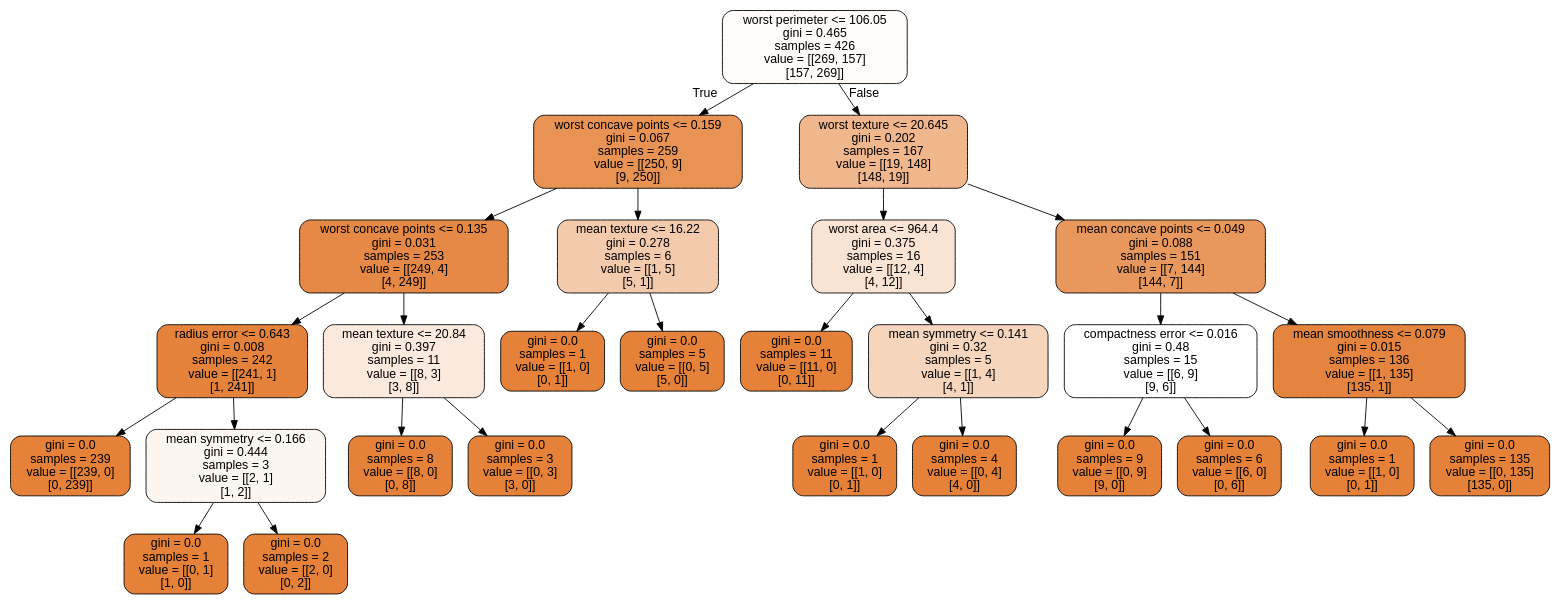
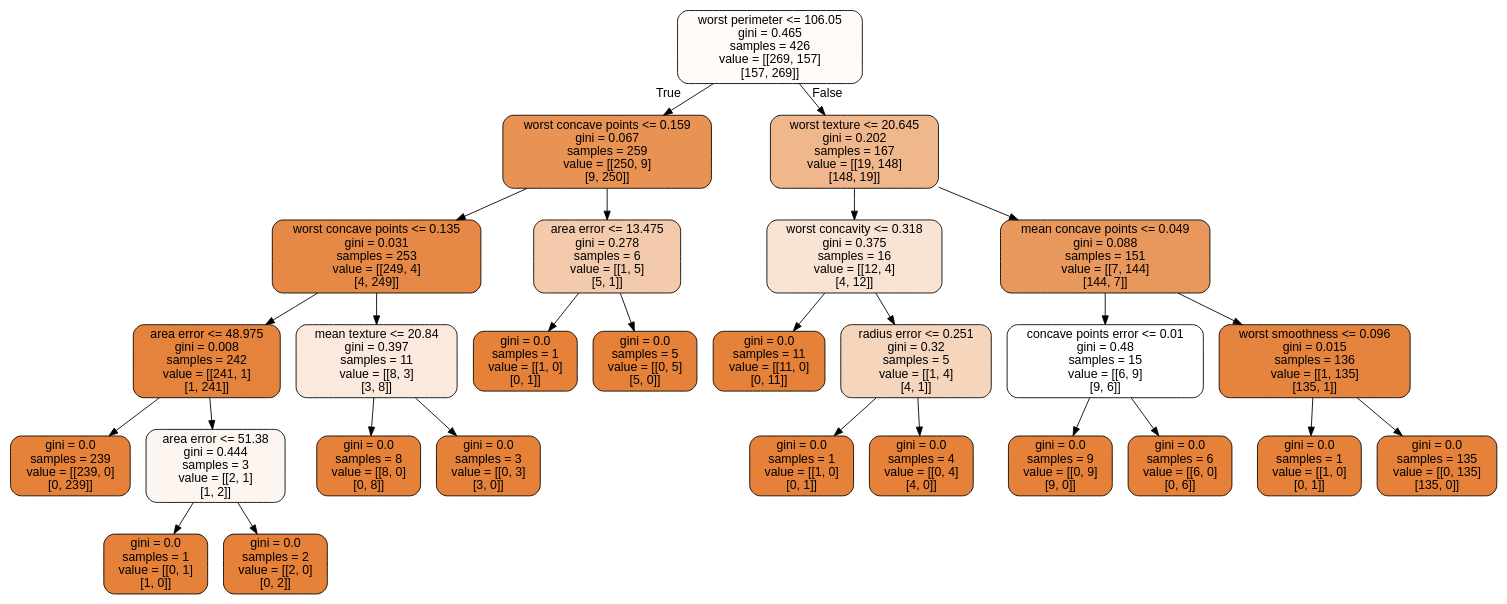
The diagram in doc/pub/DecisionTrees/ipynb/DataFiles/cancer.dot (CompPhysics/MachineLearning), drawn with Graphviz before and after one commit. The commit also changed 14 other files, not shown here.

```diff
--- a/doc/pub/DecisionTrees/ipynb/DataFiles/cancer.dot
+++ b/doc/pub/DecisionTrees/ipynb/DataFiles/cancer.dot
@@ -1,57 +1,57 @@
 digraph Tree {
 node [shape=box, style="filled, rounded", color="black", fontname=helvetica] ;
 edge [fontname=helvetica] ;
 0 [label="worst perimeter <= 106.05\ngini = 0.465\nsamples = 426\nvalue = [[269, 157]\n[157, 269]]", fillcolor="#e5813908"] ;
 1 [label="worst concave points <= 0.159\ngini = 0.067\nsamples = 259\nvalue = [[250, 9]\n[9, 250]]", fillcolor="#e58139db"] ;
 0 -> 1 [labeldistance=2.5, labelangle=45, headlabel="True"] ;
 2 [label="worst concave points <= 0.135\ngini = 0.031\nsamples = 253\nvalue = [[249, 4]\n[4, 249]]", fillcolor="#e58139ee"] ;
 1 -> 2 ;
-3 [label="radius error <= 0.643\ngini = 0.008\nsamples = 242\nvalue = [[241, 1]\n[1, 241]]", fillcolor="#e58139fb"] ;
+3 [label="area error <= 48.975\ngini = 0.008\nsamples = 242\nvalue = [[241, 1]\n[1, 241]]", fillcolor="#e58139fb"] ;
 2 -> 3 ;
 4 [label="gini = 0.0\nsamples = 239\nvalue = [[239, 0]\n[0, 239]]", fillcolor="#e58139ff"] ;
 3 -> 4 ;
-5 [label="mean symmetry <= 0.166\ngini = 0.444\nsamples = 3\nvalue = [[2, 1]\n[1, 2]]", fillcolor="#e5813913"] ;
+5 [label="area error <= 51.38\ngini = 0.444\nsamples = 3\nvalue = [[2, 1]\n[1, 2]]", fillcolor="#e5813913"] ;
 3 -> 5 ;
 6 [label="gini = 0.0\nsamples = 1\nvalue = [[0, 1]\n[1, 0]]", fillcolor="#e58139ff"] ;
 5 -> 6 ;
 7 [label="gini = 0.0\nsamples = 2\nvalue = [[2, 0]\n[0, 2]]", fillcolor="#e58139ff"] ;
 5 -> 7 ;
 8 [label="mean texture <= 20.84\ngini = 0.397\nsamples = 11\nvalue = [[8, 3]\n[3, 8]]", fillcolor="#e581392c"] ;
 2 -> 8 ;
 9 [label="gini = 0.0\nsamples = 8\nvalue = [[8, 0]\n[0, 8]]", fillcolor="#e58139ff"] ;
 8 -> 9 ;
 10 [label="gini = 0.0\nsamples = 3\nvalue = [[0, 3]\n[3, 0]]", fillcolor="#e58139ff"] ;
 8 -> 10 ;
-11 [label="mean texture <= 16.22\ngini = 0.278\nsamples = 6\nvalue = [[1, 5]\n[5, 1]]", fillcolor="#e581396b"] ;
+11 [label="area error <= 13.475\ngini = 0.278\nsamples = 6\nvalue = [[1, 5]\n[5, 1]]", fillcolor="#e581396b"] ;
 1 -> 11 ;
 12 [label="gini = 0.0\nsamples = 1\nvalue = [[1, 0]\n[0, 1]]", fillcolor="#e58139ff"] ;
 11 -> 12 ;
 13 [label="gini = 0.0\nsamples = 5\nvalue = [[0, 5]\n[5, 0]]", fillcolor="#e58139ff"] ;
 11 -> 13 ;
 14 [label="worst texture <= 20.645\ngini = 0.202\nsamples = 167\nvalue = [[19, 148]\n[148, 19]]", fillcolor="#e5813994"] ;
 0 -> 14 [labeldistance=2.5, labelangle=-45, headlabel="False"] ;
-15 [label="worst area <= 964.4\ngini = 0.375\nsamples = 16\nvalue = [[12, 4]\n[4, 12]]", fillcolor="#e5813938"] ;
+15 [label="worst concavity <= 0.318\ngini = 0.375\nsamples = 16\nvalue = [[12, 4]\n[4, 12]]", fillcolor="#e5813938"] ;
 14 -> 15 ;
 16 [label="gini = 0.0\nsamples = 11\nvalue = [[11, 0]\n[0, 11]]", fillcolor="#e58139ff"] ;
 15 -> 16 ;
-17 [label="mean symmetry <= 0.141\ngini = 0.32\nsamples = 5\nvalue = [[1, 4]\n[4, 1]]", fillcolor="#e5813955"] ;
+17 [label="radius error <= 0.251\ngini = 0.32\nsamples = 5\nvalue = [[1, 4]\n[4, 1]]", fillcolor="#e5813955"] ;
 15 -> 17 ;
 18 [label="gini = 0.0\nsamples = 1\nvalue = [[1, 0]\n[0, 1]]", fillcolor="#e58139ff"] ;
 17 -> 18 ;
 19 [label="gini = 0.0\nsamples = 4\nvalue = [[0, 4]\n[4, 0]]", fillcolor="#e58139ff"] ;
 17 -> 19 ;
 20 [label="mean concave points <= 0.049\ngini = 0.088\nsamples = 151\nvalue = [[7, 144]\n[144, 7]]", fillcolor="#e58139d0"] ;
 14 -> 20 ;
-21 [label="compactness error <= 0.016\ngini = 0.48\nsamples = 15\nvalue = [[6, 9]\n[9, 6]]", fillcolor="#e5813900"] ;
+21 [label="concave points error <= 0.01\ngini = 0.48\nsamples = 15\nvalue = [[6, 9]\n[9, 6]]", fillcolor="#e5813900"] ;
 20 -> 21 ;
 22 [label="gini = 0.0\nsamples = 9\nvalue = [[0, 9]\n[9, 0]]", fillcolor="#e58139ff"] ;
 21 -> 22 ;
 23 [label="gini = 0.0\nsamples = 6\nvalue = [[6, 0]\n[0, 6]]", fillcolor="#e58139ff"] ;
 21 -> 23 ;
-24 [label="mean smoothness <= 0.079\ngini = 0.015\nsamples = 136\nvalue = [[1, 135]\n[135, 1]]", fillcolor="#e58139f7"] ;
+24 [label="worst smoothness <= 0.096\ngini = 0.015\nsamples = 136\nvalue = [[1, 135]\n[135, 1]]", fillcolor="#e58139f7"] ;
 20 -> 24 ;
 25 [label="gini = 0.0\nsamples = 1\nvalue = [[1, 0]\n[0, 1]]", fillcolor="#e58139ff"] ;
 24 -> 25 ;
 26 [label="gini = 0.0\nsamples = 135\nvalue = [[0, 135]\n[135, 0]]", fillcolor="#e58139ff"] ;
 24 -> 26 ;
 }
```
